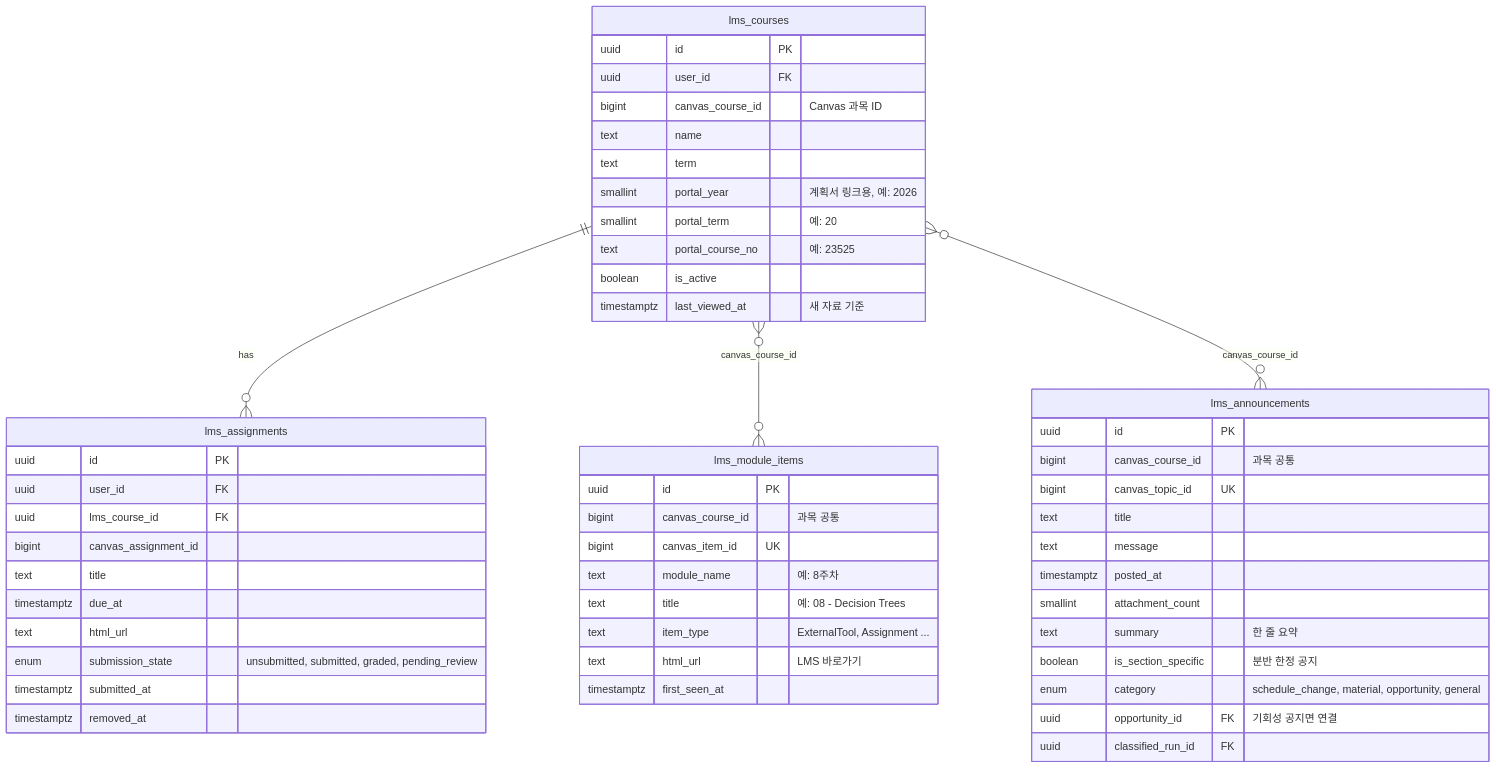
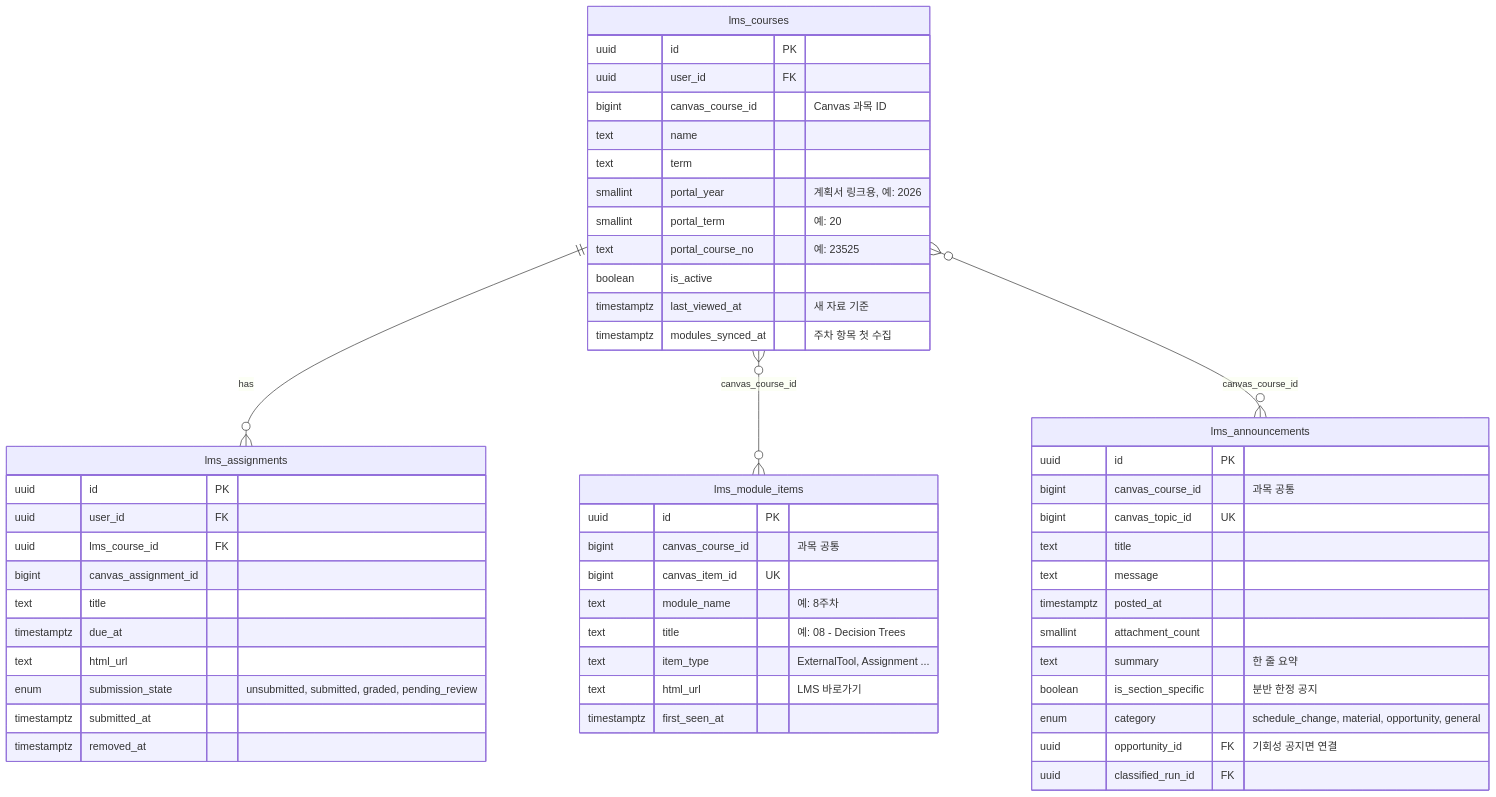
One commit to Happy623623/Unipivot changed the third of 6 diagrams in docs/ERD_v0.9.md. Above: the diagram before and after it, drawn with Mermaid. The commit also changed other lines of this file and 15 other files, not shown here.

````diff
--- a/docs/ERD_v0.9.md
+++ b/docs/ERD_v0.9.md
@@ -206,54 +208,55 @@
 ```mermaid
 erDiagram
     lms_courses {
         uuid id PK
         uuid user_id FK
         bigint canvas_course_id "Canvas 과목 ID"
         text name
         text term
         smallint portal_year "계획서 링크용, 예: 2026"
         smallint portal_term "예: 20"
         text portal_course_no "예: 23525"
         boolean is_active
         timestamptz last_viewed_at "새 자료 기준"
+        timestamptz modules_synced_at "주차 항목 첫 수집"
     }
     lms_assignments {
         uuid id PK
         uuid user_id FK
         uuid lms_course_id FK
         bigint canvas_assignment_id
         text title
         timestamptz due_at
         text html_url
         enum submission_state "unsubmitted, submitted, graded, pending_review"
         timestamptz submitted_at
         timestamptz removed_at
     }
     lms_module_items {
         uuid id PK
         bigint canvas_course_id "과목 공통"
         bigint canvas_item_id UK
         text module_name "예: 8주차"
         text title "예: 08 - Decision Trees"
         text item_type "ExternalTool, Assignment ..."
         text html_url "LMS 바로가기"
         timestamptz first_seen_at
     }
     lms_announcements {
         uuid id PK
         bigint canvas_course_id "과목 공통"
         bigint canvas_topic_id UK
         text title
         text message
         timestamptz posted_at
         smallint attachment_count
         text summary "한 줄 요약"
         boolean is_section_specific "분반 한정 공지"
         enum category "schedule_change, material, opportunity, general"
         uuid opportunity_id FK "기회성 공지면 연결"
         uuid classified_run_id FK
     }
     lms_courses ||--o{ lms_assignments : "has"
     lms_courses }o--o{ lms_module_items : "canvas_course_id"
     lms_courses }o--o{ lms_announcements : "canvas_course_id"
 ```
````
